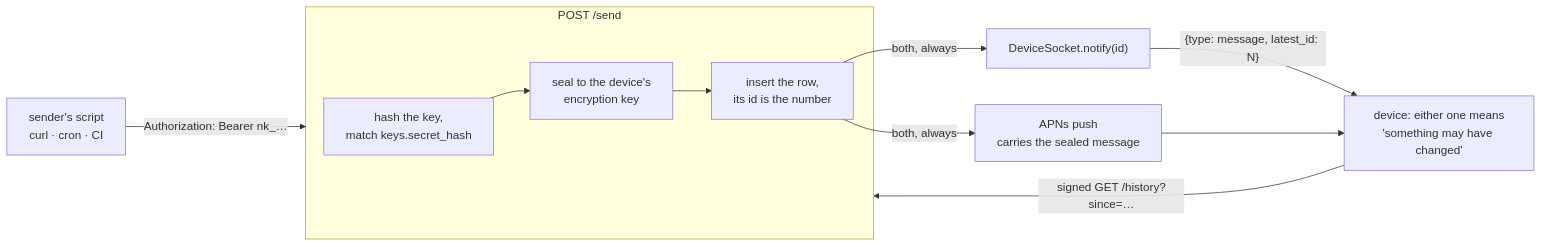
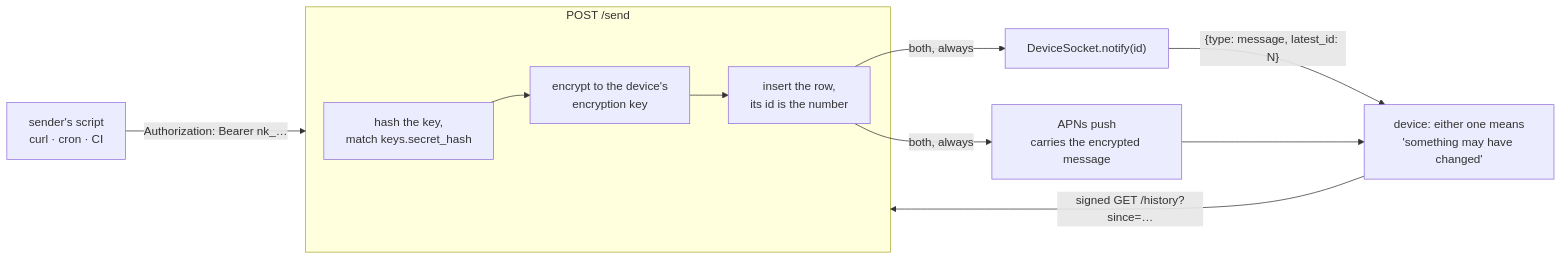
One commit to notifi-it/notifi changed the second of 3 diagrams in docs/delivery.md. Above: the diagram before and after it, drawn with Mermaid. The commit also changed other lines of this file and 7 other files, not shown here.

First line of the commit message:
Say encrypt, not seal

````diff
--- a/docs/delivery.md
+++ b/docs/delivery.md
@@ -201,13 +201,13 @@
 ```mermaid
 flowchart LR
   S[sender's script<br/>curl · cron · CI] -- "Authorization: Bearer nk_…" --> P
   subgraph P [POST /send]
-    P1[hash the key,<br/>match keys.secret_hash] --> P2[seal to the device's<br/>encryption key] --> P3[insert the row,<br/>its id is the number]
+    P1[hash the key,<br/>match keys.secret_hash] --> P2[encrypt to the device's<br/>encryption key] --> P3[insert the row,<br/>its id is the number]
   end
-  P3 -- both, always --> APNS[APNs push<br/>carries the sealed message]
+  P3 -- both, always --> APNS[APNs push<br/>carries the encrypted message]
   P3 -- both, always --> DO["DeviceSocket.notify(id)"]
   DO -- "{type: message, latest_id: N}" --> D
   APNS --> D
   D[device: either one means<br/>'something may have changed']
   D -- "signed GET /history?since=…" --> P
 ```
````
